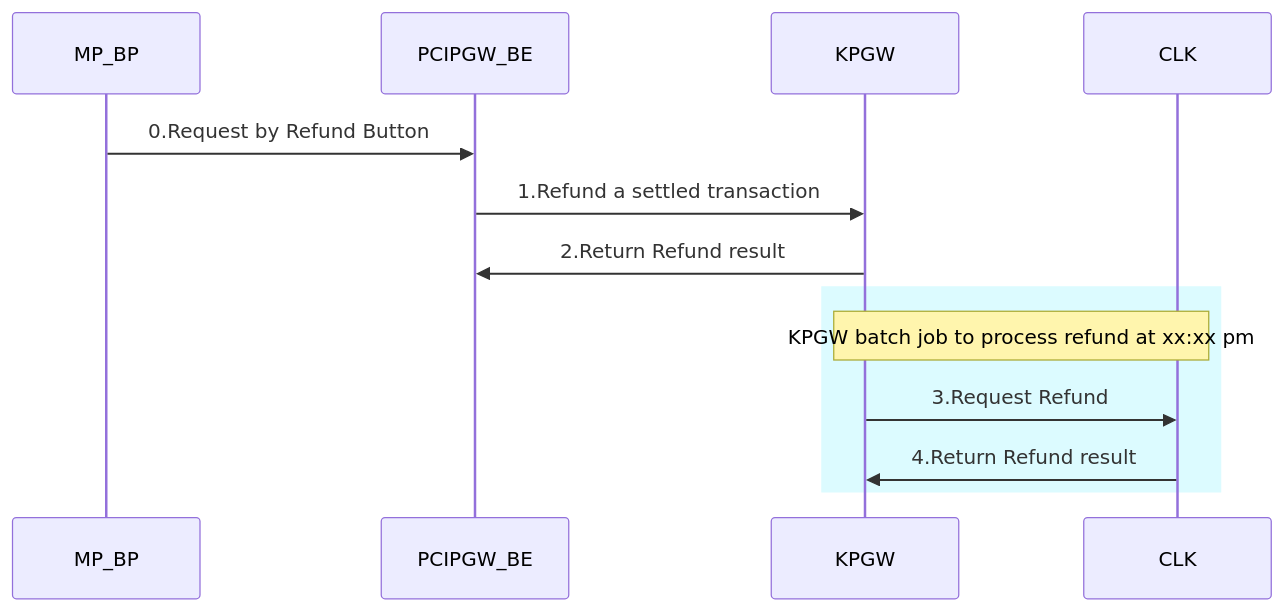
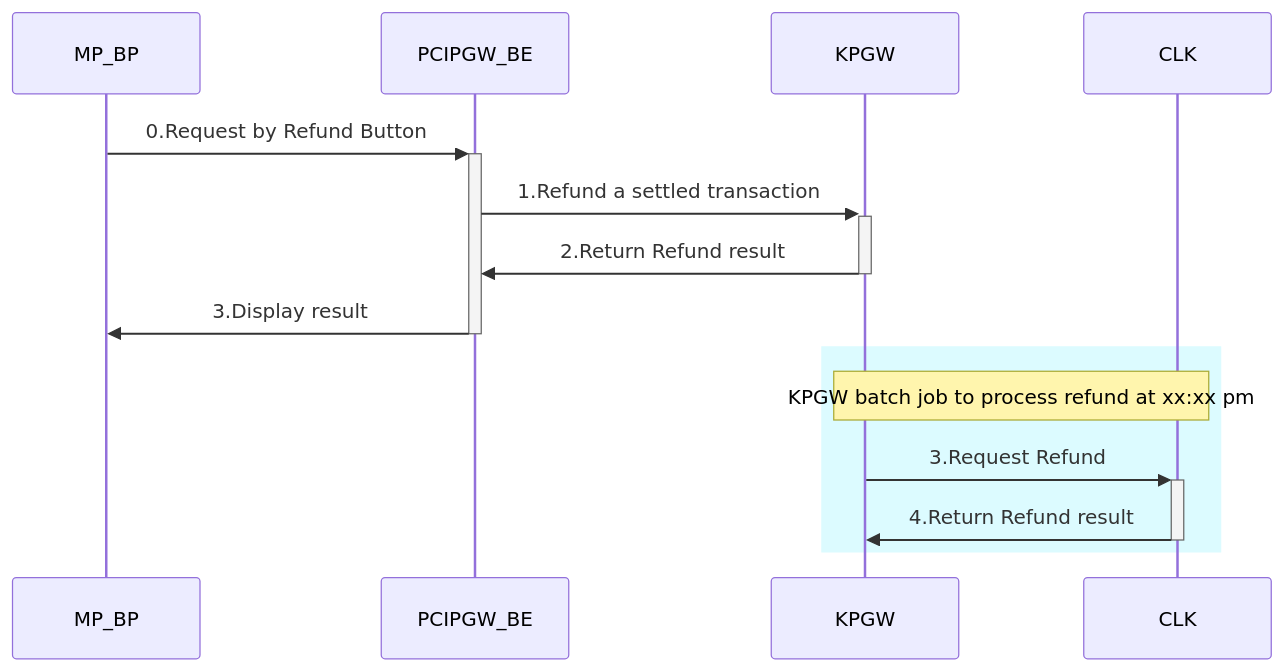
Before and after one commit to yuusuke25/MyNotes: the third of 3 diagrams in Cybs-Ph2-Flow2.md, drawn with Mermaid. The commit also changed other lines of this file, not shown here.

````diff
--- a/Cybs-Ph2-Flow2.md
+++ b/Cybs-Ph2-Flow2.md
@@ -46,12 +49,13 @@
 ```mermaid
     sequenceDiagram
-        MP_BP->>PCIPGW_BE:0.Request by Refund Button
-        PCIPGW_BE->>KPGW:1.Refund a settled transaction
-        KPGW->>PCIPGW_BE:2.Return Refund result
+        MP_BP->>+PCIPGW_BE:0.Request by Refund Button
+        PCIPGW_BE->>+KPGW:1.Refund a settled transaction
+        KPGW->>-PCIPGW_BE:2.Return Refund result
+        PCIPGW_BE->>-MP_BP:3.Display result
         
         rect rgb(220, 251, 255)
             Note over KPGW,CLK: KPGW batch job to process refund at xx:xx pm
-            KPGW->>CLK:3.Request Refund
-            CLK->>KPGW:4.Return Refund result
+            KPGW->>+CLK:3.Request Refund
+            CLK->>-KPGW:4.Return Refund result
         end
 ```
````
